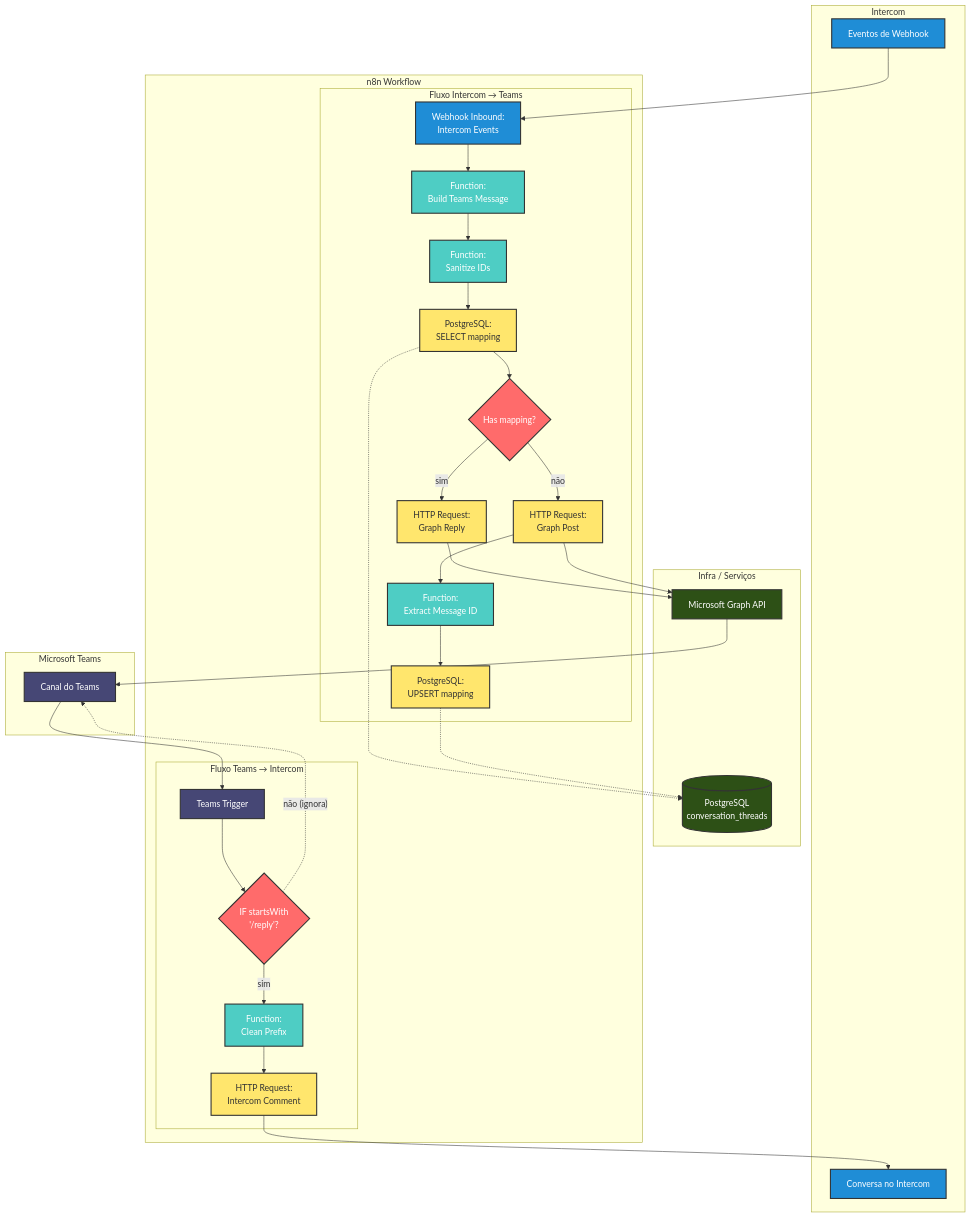
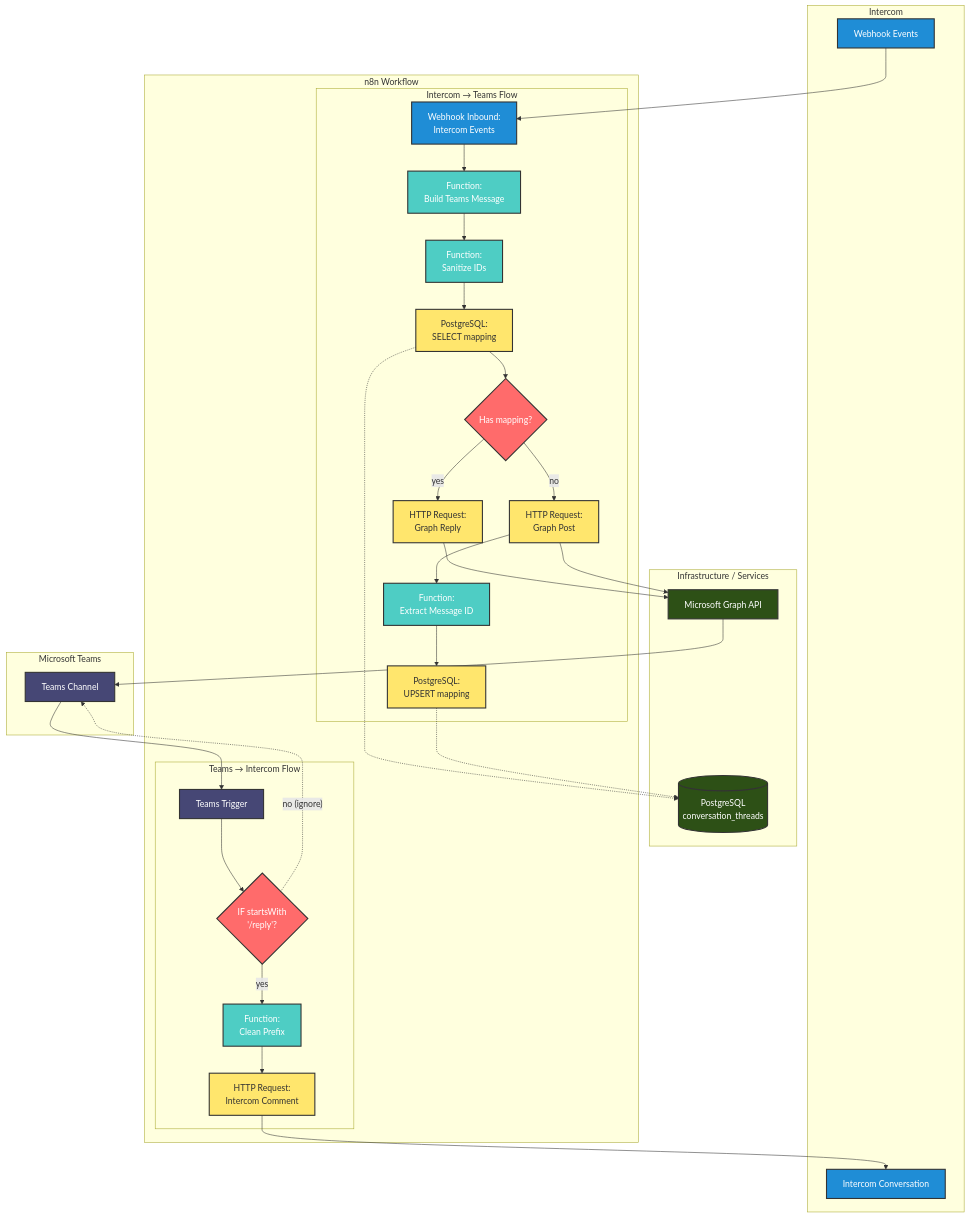
Before and after one commit to devopsvanilla/n8n-templates: the diagram in intercom-msteams-channel/README.md, drawn with Mermaid. The commit also changed other lines of this file and 2 other files, not shown here.

Commit message:
Add README.md for Intercom ↔ Microsoft Teams integration workflow with detailed instructions, resources, and examples

````diff
--- a/intercom-msteams-channel/README.md
+++ b/intercom-msteams-channel/README.md
@@ -31,80 +30,80 @@
 ```mermaid
 flowchart TD
 
-  %% Camadas de recursos
+  %% Resource layers
   subgraph Teams[Microsoft Teams]
-    TChan[Canal do Teams]
+    TChan[Teams Channel]
   end
 
   subgraph Intercom[Intercom]
-    Conv[Conversa no Intercom]
-    Events[Eventos de Webhook]
+    Conv[Intercom Conversation]
+    Events[Webhook Events]
   end
 
-  subgraph Infra[Infra / Serviços]
+  subgraph Infra[Infrastructure / Services]
     DB[(PostgreSQL<br/>conversation_threads)]
     MSGraph[Microsoft Graph API]
   end
 
   subgraph n8nFlow[n8n Workflow]
-    subgraph TeamsFlow[Fluxo Teams → Intercom]
+    subgraph TeamsFlow[Teams → Intercom Flow]
       Trigger[Teams Trigger]
       IfReply{IF startsWith<br/>'/reply'?}
       Clean[Function:<br/>Clean Prefix]
       IntercomHTTP[HTTP Request:<br/>Intercom Comment]
     end
     
-    subgraph IntercomFlow[Fluxo Intercom → Teams]
+    subgraph IntercomFlow[Intercom → Teams Flow]
       Webhook[Webhook Inbound:<br/>Intercom Events]
       Build[Function:<br/>Build Teams Message]
       Sanitize[Function:<br/>Sanitize IDs]
       PGSelect[PostgreSQL:<br/>SELECT mapping]
       HasMap{Has mapping?}
       GraphReply[HTTP Request:<br/>Graph Reply]
       GraphPost[HTTP Request:<br/>Graph Post]
       ExtractId[Function:<br/>Extract Message ID]
       PGUpsert[PostgreSQL:<br/>UPSERT mapping]
     end
   end
 
-  %% Fluxo Teams → Intercom (/reply)
+  %% Teams → Intercom Flow (/reply)
   TChan --> Trigger
   Trigger --> IfReply
-  IfReply -->|"sim"| Clean
-  IfReply -.->|"não (ignora)"| TChan
+  IfReply -->|"yes"| Clean
+  IfReply -.->|"no (ignore)"| TChan
   Clean --> IntercomHTTP
   IntercomHTTP --> Conv
 
-  %% Fluxo Intercom → Teams (webhook)
+  %% Intercom → Teams Flow (webhook)
   Events --> Webhook
   Webhook --> Build
   Build --> Sanitize
   Sanitize --> PGSelect
   PGSelect --> HasMap
-  HasMap -->|"sim"| GraphReply
-  HasMap -->|"não"| GraphPost
+  HasMap -->|"yes"| GraphReply
+  HasMap -->|"no"| GraphPost
   GraphReply --> MSGraph
   GraphPost --> MSGraph
   MSGraph --> TChan
   GraphPost --> ExtractId
   ExtractId --> PGUpsert
 
-  %% Persistência/integrações
+  %% Persistence/integrations
   PGSelect -.-> DB
   PGUpsert -.-> DB
 
-  %% Estilização
+  %% Styling
   classDef teams fill:#464775,stroke:#333,stroke-width:2px,color:#fff
   classDef intercom fill:#1f8dd6,stroke:#333,stroke-width:2px,color:#fff
   classDef infra fill:#2d5016,stroke:#333,stroke-width:2px,color:#fff
   classDef decision fill:#ff6b6b,stroke:#333,stroke-width:2px,color:#fff
   classDef function fill:#4ecdc4,stroke:#333,stroke-width:2px,color:#fff
   classDef http fill:#ffe66d,stroke:#333,stroke-width:2px,color:#333
 
   class TChan,Trigger teams
   class Conv,Events,Webhook intercom
   class DB,MSGraph infra
   class IfReply,HasMap decision
   class Clean,Build,Sanitize,ExtractId function
   class IntercomHTTP,GraphReply,GraphPost,PGSelect,PGUpsert http
 ```
````
